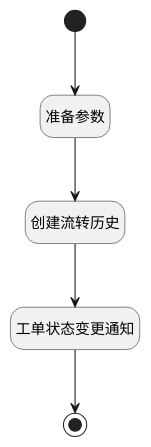
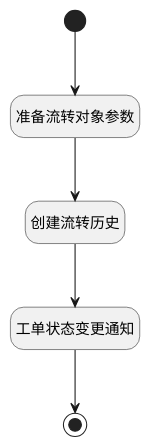
One commit to iBizLab/plm changed the diagram in doc/docsify/module/ProdMgmt/ticket/logic/state_onchange.md. Above: the diagram before and after it, drawn with PlantUML. The commit also changed other lines of this file and 1778 other files, not shown here.

````diff
--- a/doc/docsify/module/ProdMgmt/ticket/logic/state_onchange.md
+++ b/doc/docsify/module/ProdMgmt/ticket/logic/state_onchange.md
@@ -7,25 +7,25 @@
 ```plantuml
 @startuml
 hide empty description
 <style>
 root {
   HyperlinkColor #42b983
 }
 </style>
 
 hide empty description
 state "开始" as Begin <<start>> [[$./state_onchange#begin {"开始"}]]
-state "准备参数" as PREPAREPARAM1  [[$./state_onchange#prepareparam1 {"准备参数"}]]
+state "准备流转对象参数" as PREPAREPARAM1  [[$./state_onchange#prepareparam1 {"准备流转对象参数"}]]
 state "创建流转历史" as DEACTION1  [[$./state_onchange#deaction1 {"创建流转历史"}]]
 state "工单状态变更通知" as DENOTIFY1  [[$./state_onchange#denotify1 {"工单状态变更通知"}]]
 state "结束" as END1 <<end>> [[$./state_onchange#end1 {"结束"}]]
 
 
 Begin --> PREPAREPARAM1
 PREPAREPARAM1 --> DEACTION1
 DEACTION1 --> DENOTIFY1
 DENOTIFY1 --> END1
 
 
 @enduml
 ```
````
